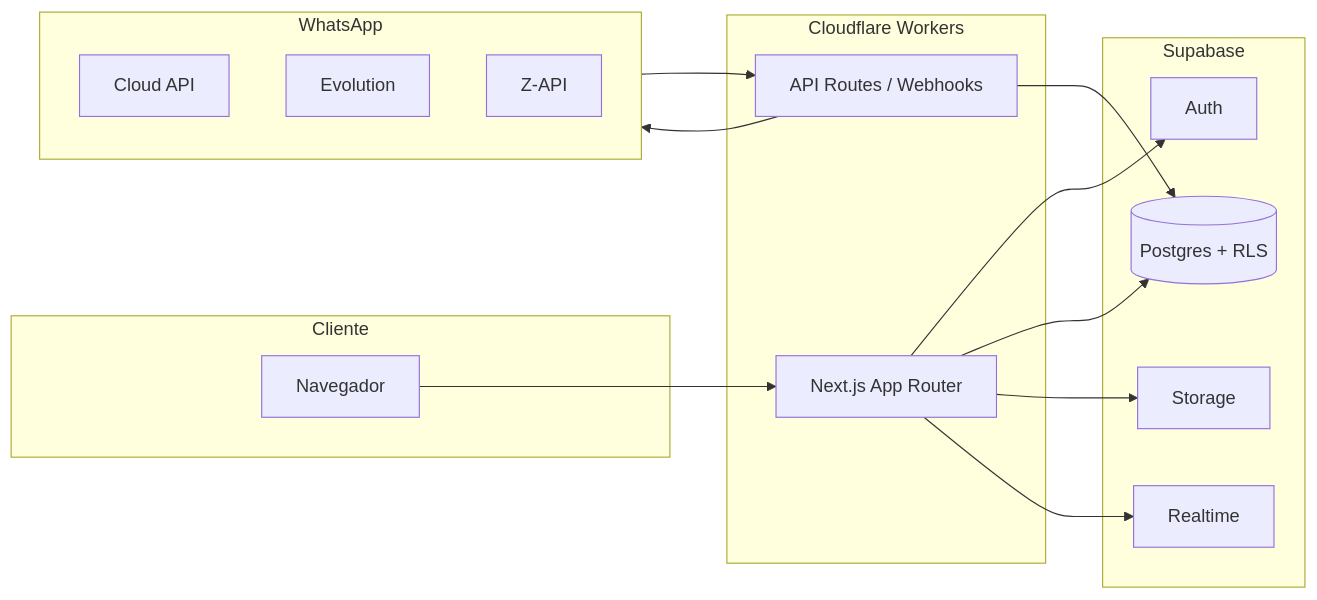
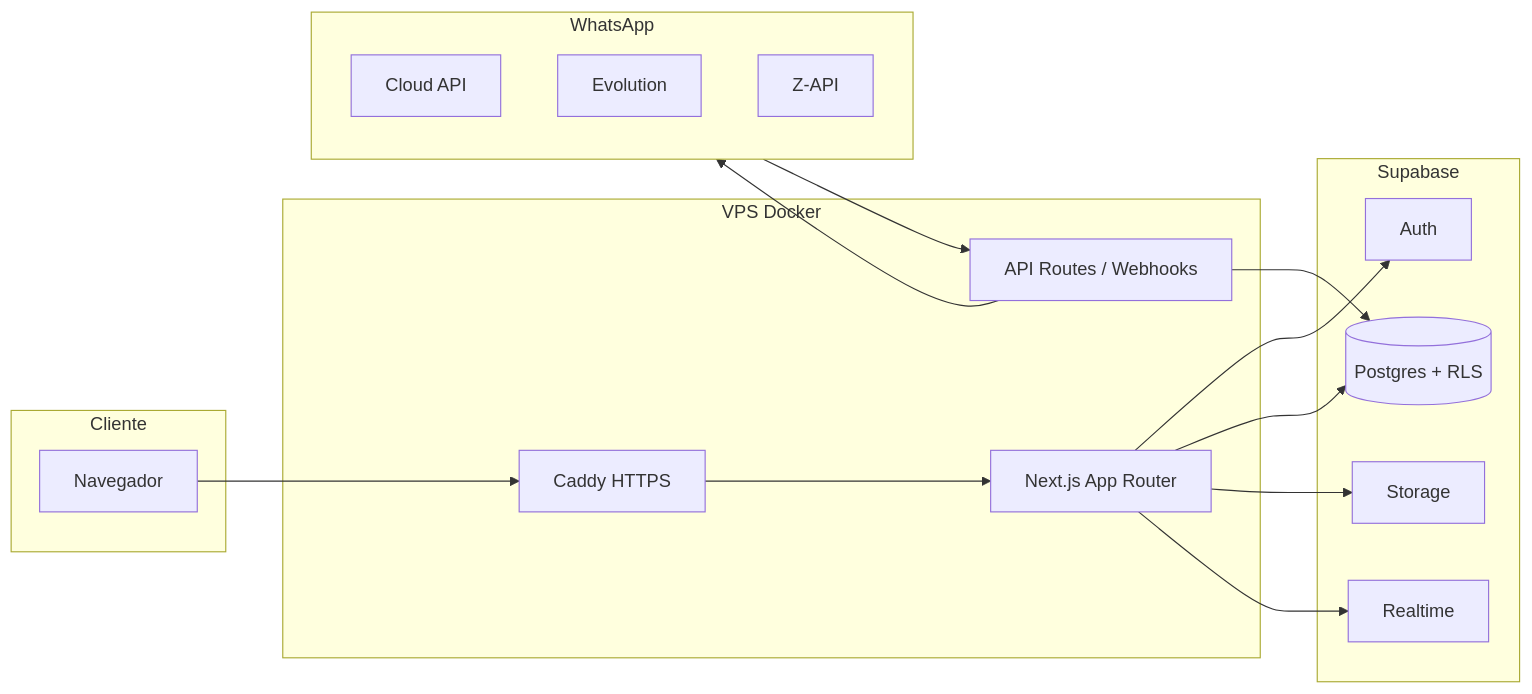
Before and after one commit to ramosxzz/crm-white-label: the diagram in README.md, drawn with Mermaid. The commit also changed other lines of this file and 20 other files, not shown here.

````diff
--- a/README.md
+++ b/README.md
@@ -56,29 +56,30 @@
 ```mermaid
 flowchart LR
   subgraph client [Cliente]
     Browser[Navegador]
   end
-  subgraph edge [Cloudflare Workers]
+  subgraph runtime [VPS Docker]
     Next[Next.js App Router]
     API[API Routes / Webhooks]
+    Caddy[Caddy HTTPS]
   end
   subgraph backend [Supabase]
     Auth[Auth]
     DB[(Postgres + RLS)]
     Storage[Storage]
     RT[Realtime]
   end
   subgraph wa [WhatsApp]
     Meta[Cloud API]
     Evo[Evolution]
     Zapi[Z-API]
   end
-  Browser --> Next
+  Browser --> Caddy --> Next
   Next --> Auth
   Next --> DB
   Next --> Storage
   Next --> RT
   API --> DB
   API --> wa
   wa --> API
 ```
````
